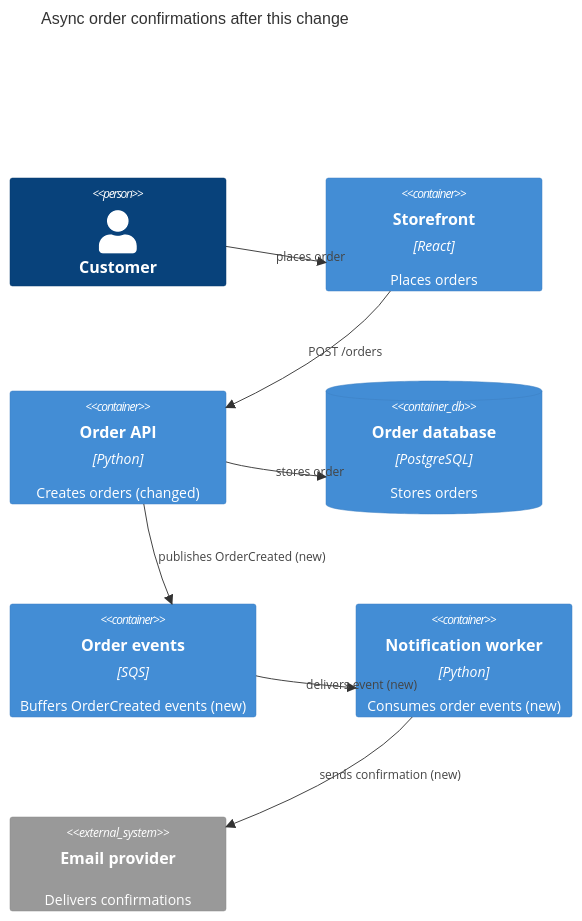
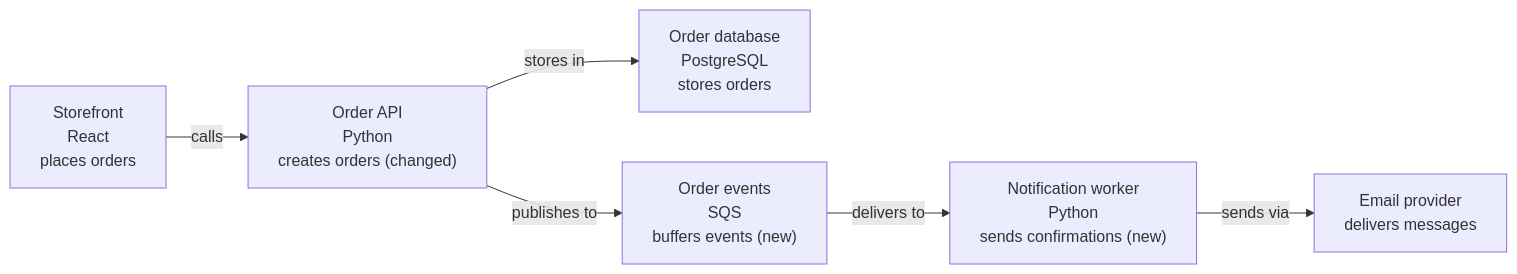
The diagram in docs/index.md (MattJColes/lgtmaybe), drawn with Mermaid before and after one commit. The commit also changed other lines of this file and 23 other files, not shown here.

First line of the commit message:
fix: generate readable Mermaid flowcharts (#231)

````diff
--- a/docs/index.md
+++ b/docs/index.md
@@ -42,17 +42,14 @@
 ```mermaid
-C4Container
-    title Async order confirmations after this change
-    Person(customer, "Customer")
-    Container(web, "Storefront", "React", "Places orders")
-    Container(api, "Order API", "Python", "Creates orders (changed)")
-    ContainerDb(db, "Order database", "PostgreSQL", "Stores orders")
-    Container(queue, "Order events", "SQS", "Buffers OrderCreated events (new)")
-    Container(worker, "Notification worker", "Python", "Consumes order events (new)")
-    System_Ext(email, "Email provider", "Delivers confirmations")
-    Rel(customer, web, "places order")
-    Rel(web, api, "POST /orders")
-    Rel(api, db, "stores order")
-    Rel(api, queue, "publishes OrderCreated (new)")
-    Rel(queue, worker, "delivers event (new)")
-    Rel(worker, email, "sends confirmation (new)")
+flowchart LR
+    web["Storefront<br/>React<br/>places orders"]
+    api["Order API<br/>Python<br/>creates orders (changed)"]
+    db["Order database<br/>PostgreSQL<br/>stores orders"]
+    queue["Order events<br/>SQS<br/>buffers events (new)"]
+    worker["Notification worker<br/>Python<br/>sends confirmations (new)"]
+    email["Email provider<br/>delivers messages"]
+    web -->|calls| api
+    api -->|stores in| db
+    api -->|publishes to| queue
+    queue -->|delivers to| worker
+    worker -->|sends via| email
 ```
````
